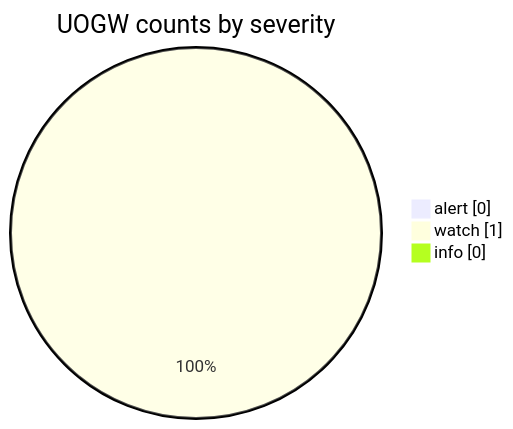
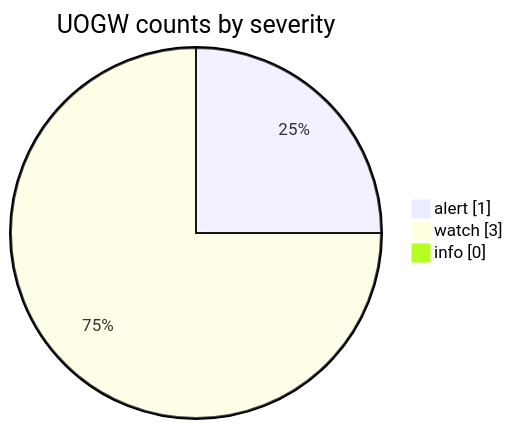
Before and after one commit to Midwest-Stratospheric/aerostratospheric-defense-gir: the fourth of 6 diagrams in docs/GRAPHS.md, drawn with Mermaid. The commit also changed other lines of this file and 24 other files, not shown here.

````diff
--- a/docs/GRAPHS.md
+++ b/docs/GRAPHS.md
@@ -66,7 +66,7 @@
 ```mermaid
 pie showData
   title UOGW counts by severity
-  "alert" : 0
-  "watch" : 1
+  "alert" : 1
+  "watch" : 3
   "info" : 0
 ```
````
